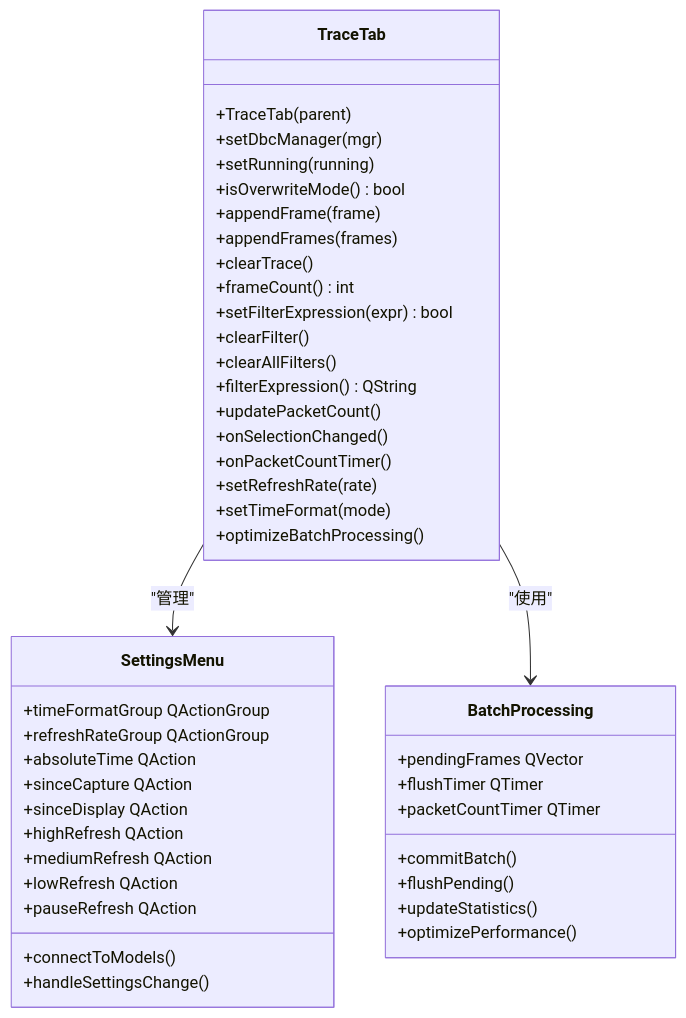
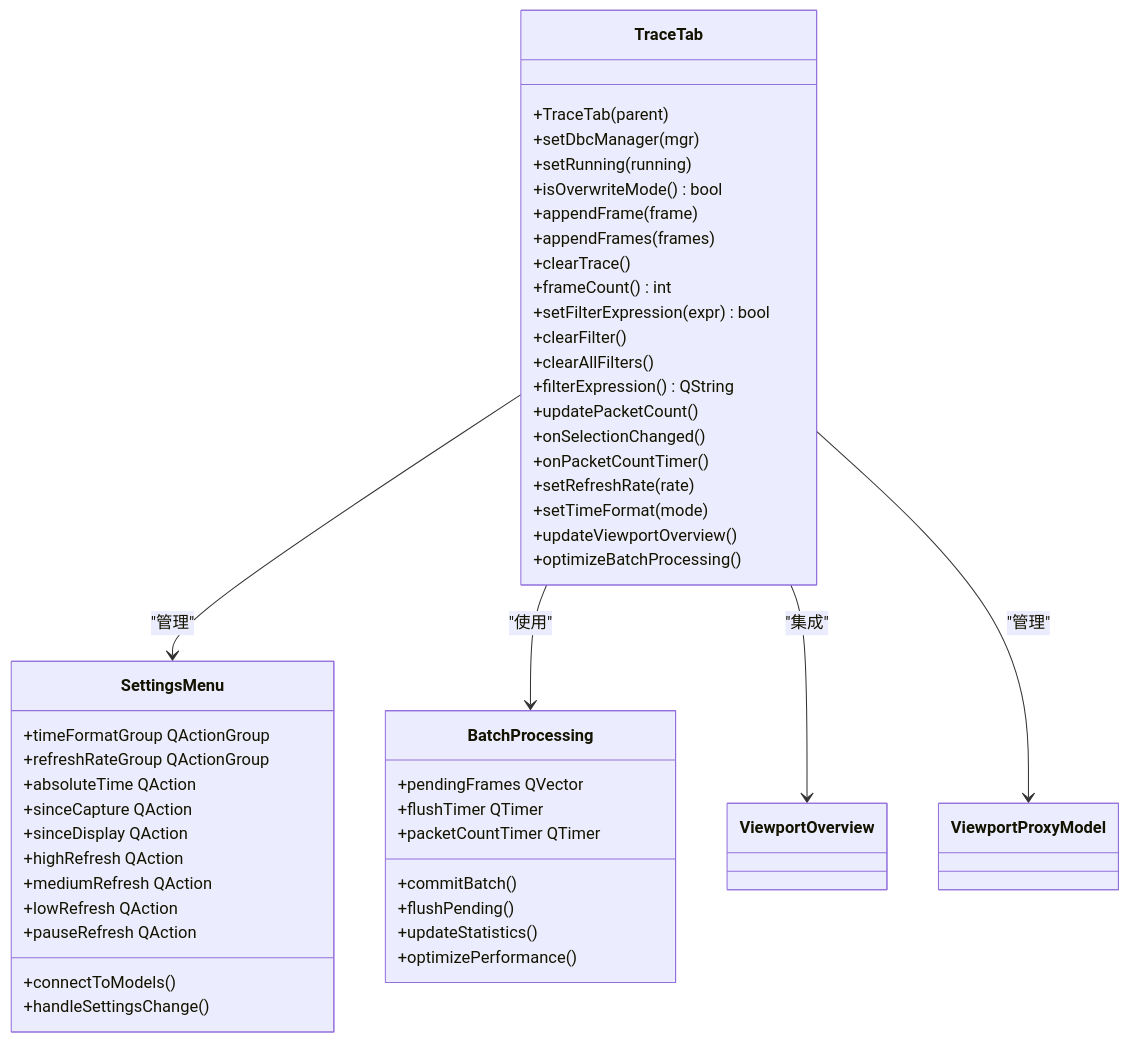
Before and after one commit to jakecai1225-design/OpenBus: diagram 15 of 25 in .qoder/repowiki/zh/content/架构设计/UI系统设计/UI系统设计.md, drawn with Mermaid. The commit also changed other lines of this file and 27 other files, not shown here.

````diff
--- a/.qoder/repowiki/zh/content/架构设计/UI系统设计/UI系统设计.md
+++ b/.qoder/repowiki/zh/content/架构设计/UI系统设计/UI系统设计.md
@@ -1008,47 +1163,50 @@
 ```mermaid
 classDiagram
 class TraceTab {
 +TraceTab(parent)
 +setDbcManager(mgr)
 +setRunning(running)
 +isOverwriteMode() bool
 +appendFrame(frame)
 +appendFrames(frames)
 +clearTrace()
 +frameCount() int
 +setFilterExpression(expr) bool
 +clearFilter()
 +clearAllFilters()
 +filterExpression() QString
 +updatePacketCount()
 +onSelectionChanged()
 +onPacketCountTimer()
 +setRefreshRate(rate)
 +setTimeFormat(mode)
++updateViewportOverview()
 +optimizeBatchProcessing()
 }
 class SettingsMenu {
 +timeFormatGroup QActionGroup
 +refreshRateGroup QActionGroup
 +absoluteTime QAction
 +sinceCapture QAction
 +sinceDisplay QAction
 +highRefresh QAction
 +mediumRefresh QAction
 +lowRefresh QAction
 +pauseRefresh QAction
 +connectToModels()
 +handleSettingsChange()
 }
 class BatchProcessing {
 +pendingFrames QVector<CanFrame>
 +flushTimer QTimer
 +packetCountTimer QTimer
 +commitBatch()
 +flushPending()
 +updateStatistics()
 +optimizePerformance()
 }
 TraceTab --> SettingsMenu : "管理"
 TraceTab --> BatchProcessing : "使用"
+TraceTab --> ViewportOverview : "集成"
+TraceTab --> ViewportProxyModel : "管理"
 ```
````
